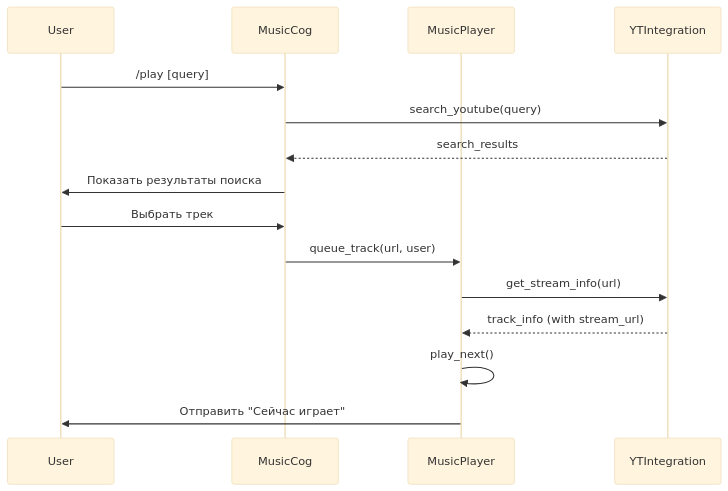
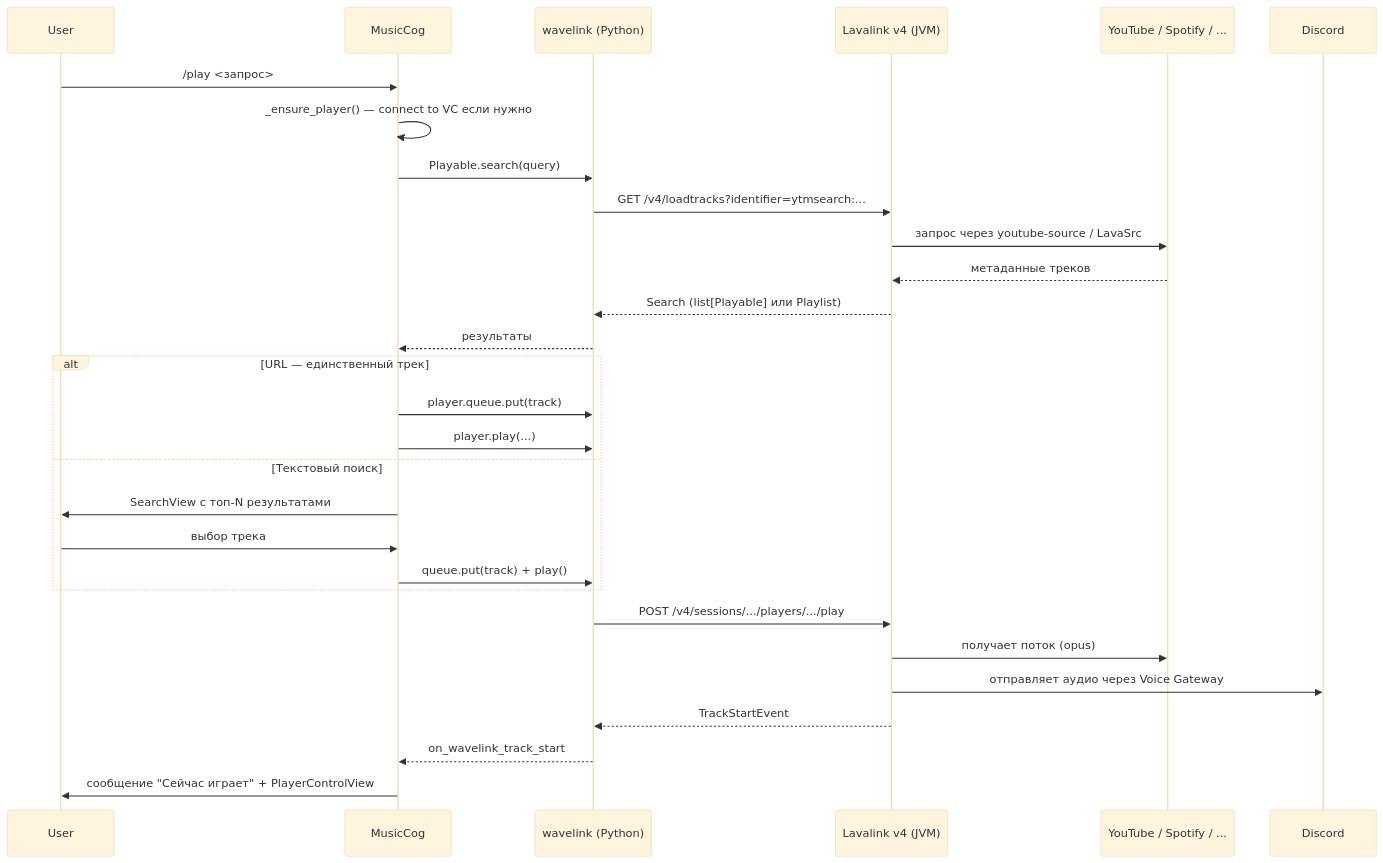
Before and after one commit to Twinlab/pd_bot: the second of 10 diagrams in docs/architecture.md, drawn with Mermaid (base theme). The commit also changed other lines of this file and 29 other files, not shown here.

````diff
--- a/docs/architecture.md
+++ b/docs/architecture.md
@@ -35,18 +37,34 @@
 ```mermaid
 sequenceDiagram
     participant User
     participant MusicCog
-    participant MusicPlayer
-    participant YTIntegration
+    participant Wavelink as wavelink (Python)
+    participant Lavalink as Lavalink v4 (JVM)
+    participant YT as YouTube / Spotify / ...
 
-    User->>MusicCog: /play [query]
-    MusicCog->>YTIntegration: search_youtube(query)
-    YTIntegration-->>MusicCog: search_results
-    MusicCog->>User: Показать результаты поиска
-    User->>MusicCog: Выбрать трек
-    MusicCog->>MusicPlayer: queue_track(url, user)
-    MusicPlayer->>YTIntegration: get_stream_info(url)
-    YTIntegration-->>MusicPlayer: track_info (with stream_url)
-    MusicPlayer->>MusicPlayer: play_next()
-    MusicPlayer->>User: Отправить "Сейчас играет"
+    User->>MusicCog: /play <запрос>
+    MusicCog->>MusicCog: _ensure_player() — connect to VC если нужно
+    MusicCog->>Wavelink: Playable.search(query)
+    Wavelink->>Lavalink: GET /v4/loadtracks?identifier=ytmsearch:...
+    Lavalink->>YT: запрос через youtube-source / LavaSrc
+    YT-->>Lavalink: метаданные треков
+    Lavalink-->>Wavelink: Search (list[Playable] или Playlist)
+    Wavelink-->>MusicCog: результаты
+
+    alt URL — единственный трек
+        MusicCog->>Wavelink: player.queue.put(track)
+        MusicCog->>Wavelink: player.play(...)
+    else Текстовый поиск
+        MusicCog->>User: SearchView с топ-N результатами
+        User->>MusicCog: выбор трека
+        MusicCog->>Wavelink: queue.put(track) + play()
+    end
+
+    Wavelink->>Lavalink: POST /v4/sessions/.../players/.../play
+    Lavalink->>YT: получает поток (opus)
+    Lavalink->>Discord: отправляет аудио через Voice Gateway
+
+    Lavalink-->>Wavelink: TrackStartEvent
+    Wavelink-->>MusicCog: on_wavelink_track_start
+    MusicCog->>User: сообщение "Сейчас играет" + PlayerControlView
 ```
````
